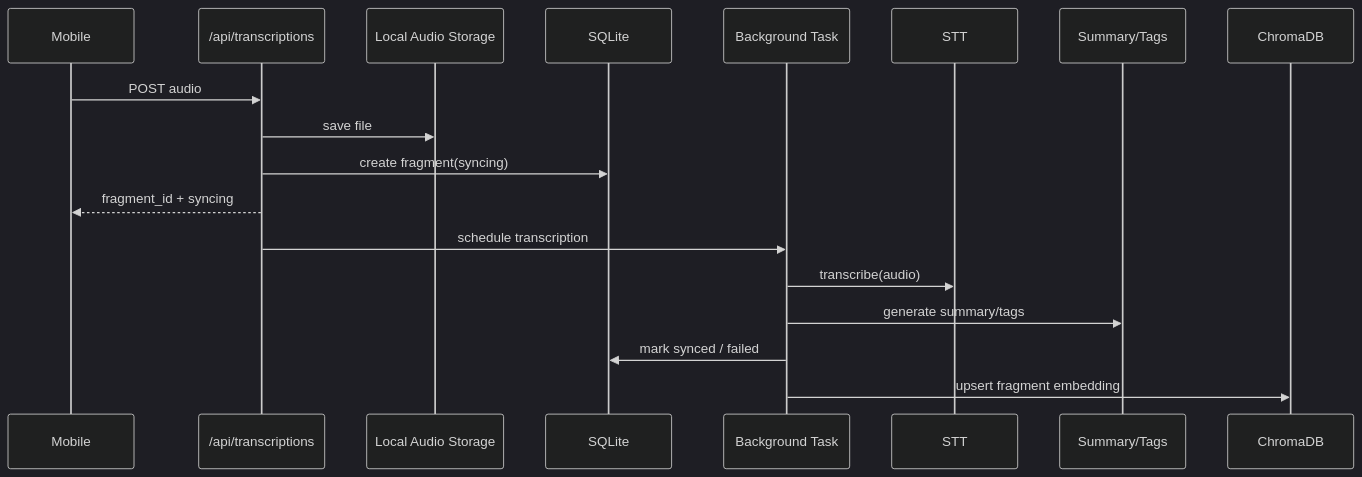
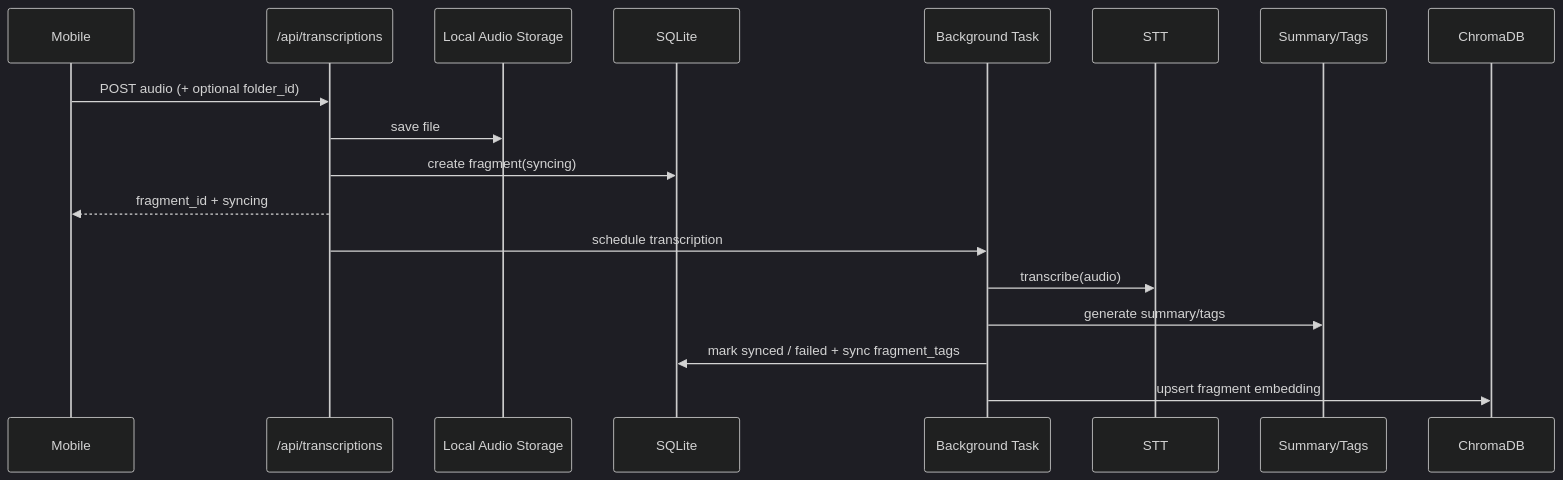
One commit to YCZA2/SparkFlow changed the fourth of 7 diagrams in memory-bank/architecture.md. Above: the diagram before and after it, drawn with Mermaid (dark theme). The commit also changed other lines of this file and 19 other files, not shown here.

````diff
--- a/memory-bank/architecture.md
+++ b/memory-bank/architecture.md
@@ -175,21 +179,21 @@
 ```mermaid
 sequenceDiagram
     participant App as Mobile
     participant API as /api/transcriptions
     participant FS as Local Audio Storage
     participant DB as SQLite
     participant BG as Background Task
     participant STT as STT
     participant LLM as Summary/Tags
     participant VDB as ChromaDB
 
-    App->>API: POST audio
+    App->>API: POST audio (+ optional folder_id)
     API->>FS: save file
     API->>DB: create fragment(syncing)
     API-->>App: fragment_id + syncing
     API->>BG: schedule transcription
     BG->>STT: transcribe(audio)
     BG->>LLM: generate summary/tags
-    BG->>DB: mark synced / failed
+    BG->>DB: mark synced / failed + sync fragment_tags
     BG->>VDB: upsert fragment embedding
 ```
````
